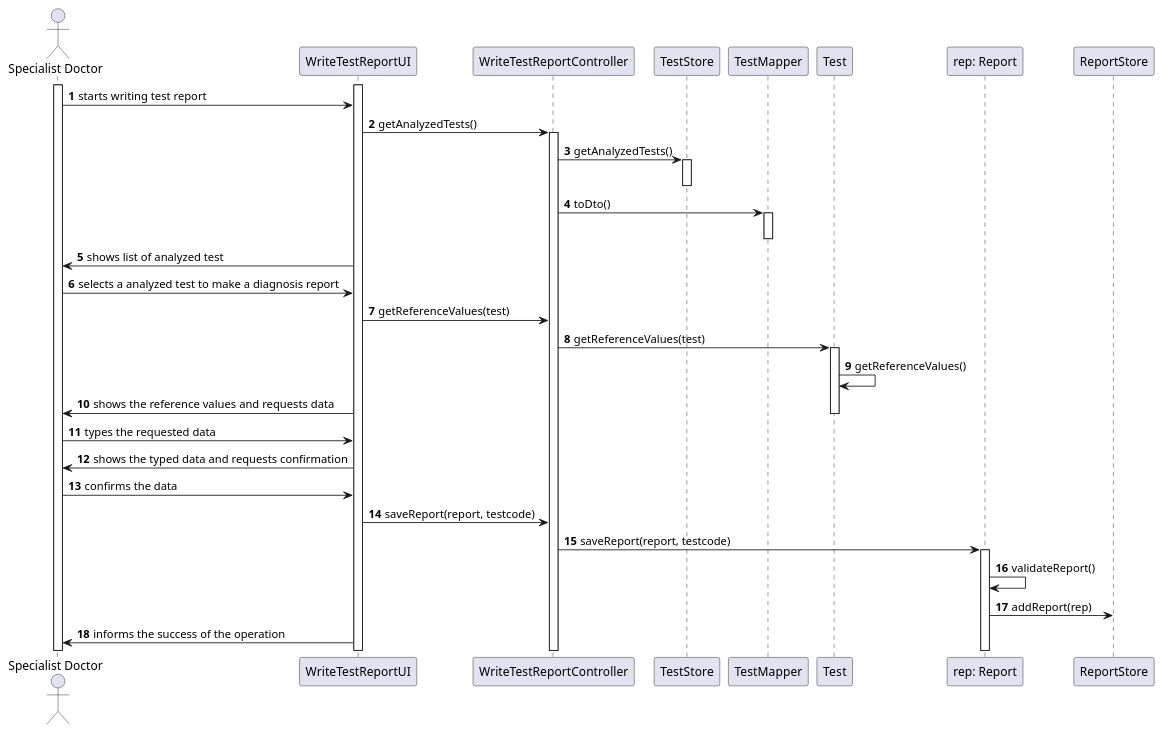
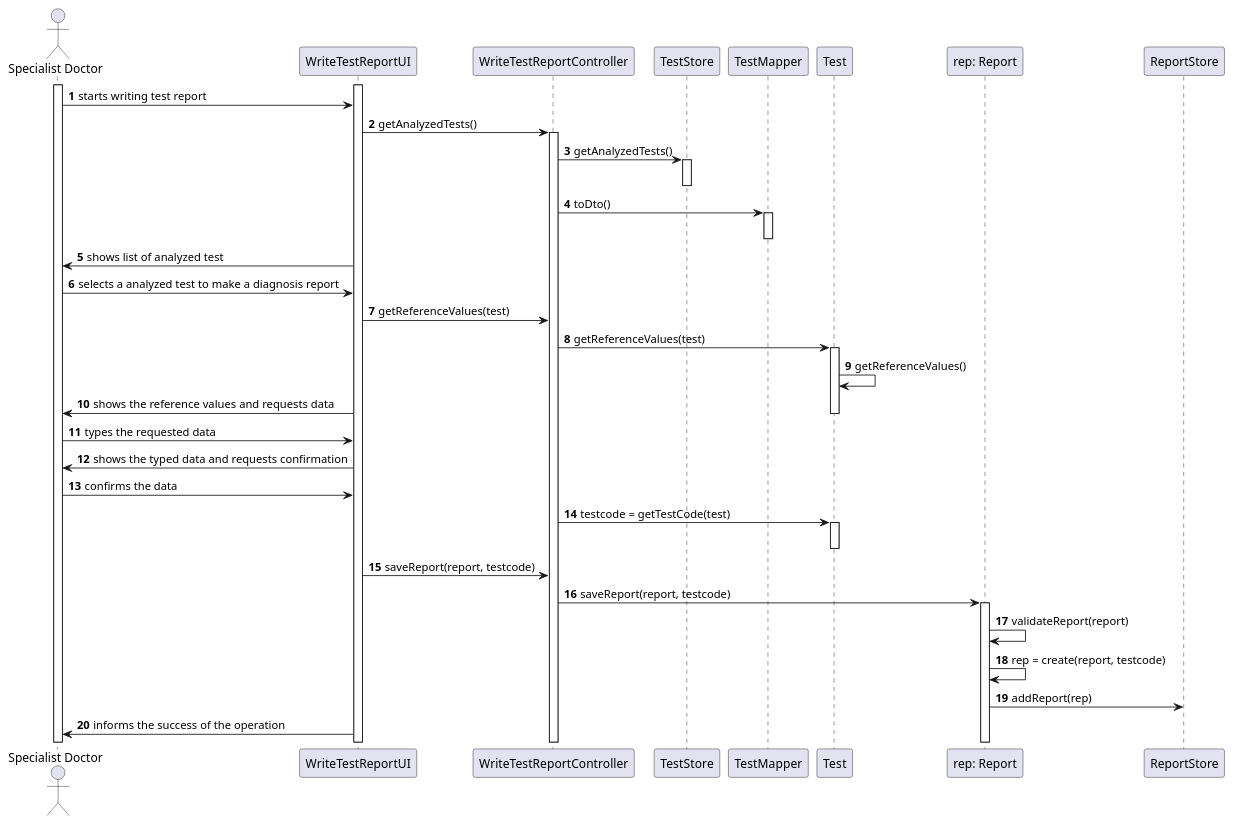
One commit to 0franciscor/lei-21-s2-1de-g19 changed the diagram in docs/SprintC/US14/US14_SD.puml. Above: the diagram before and after it, drawn with PlantUML. The commit also changed 10 other files, not shown here.

```diff
--- a/docs/SprintC/US14/US14_SD.puml
+++ b/docs/SprintC/US14/US14_SD.puml
@@ -1,36 +1,40 @@
 @startuml
 'https://plantuml.com/sequence-diagram
 
 autonumber
 actor "Specialist Doctor" as SD
 activate SD
 activate "WriteTestReportUI"
 SD -> "WriteTestReportUI" : starts writing test report
 "WriteTestReportUI" -> "WriteTestReportController" : getAnalyzedTests()
 activate "WriteTestReportController"
 "WriteTestReportController" -> "TestStore" : getAnalyzedTests()
 activate "TestStore"
 deactivate "TestStore"
 "WriteTestReportController" -> "TestMapper" : toDto()
 activate "TestMapper"
 deactivate "TestMapper"
 "WriteTestReportUI" -> SD : shows list of analyzed test
 SD -> "WriteTestReportUI" : selects a analyzed test to make a diagnosis report
 "WriteTestReportUI" -> "WriteTestReportController" : getReferenceValues(test)
 "WriteTestReportController" -> "Test" : getReferenceValues(test)
 activate "Test"
 "Test" -> "Test" : getReferenceValues()
 "WriteTestReportUI" -> SD : shows the reference values and requests data
 deactivate "Test"
 SD -> "WriteTestReportUI" : types the requested data
 "WriteTestReportUI" -> SD : shows the typed data and requests confirmation
 SD -> "WriteTestReportUI" :  confirms the data
+"WriteTestReportController" -> "Test" : testcode = getTestCode(test)
+activate "Test"
+deactivate "Test"
 "WriteTestReportUI" -> "WriteTestReportController" : saveReport(report, testcode)
 "WriteTestReportController" -> "rep: Report" : saveReport(report, testcode)
 activate "rep: Report"
-"rep: Report" -> "rep: Report" : validateReport()
+"rep: Report" -> "rep: Report" : validateReport(report)
+"rep: Report" -> "rep: Report" : rep = create(report, testcode)
 "rep: Report" -> "ReportStore" : addReport(rep)
 "WriteTestReportUI" -> SD : informs the success of the operation
 
 
 @enduml
```
